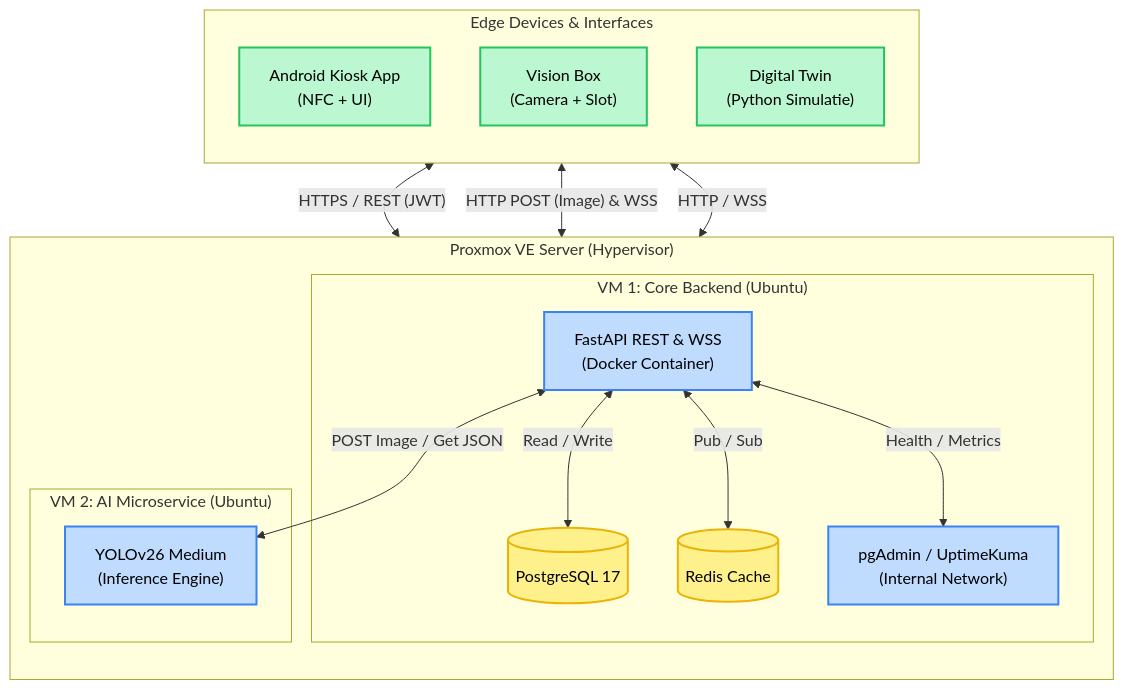
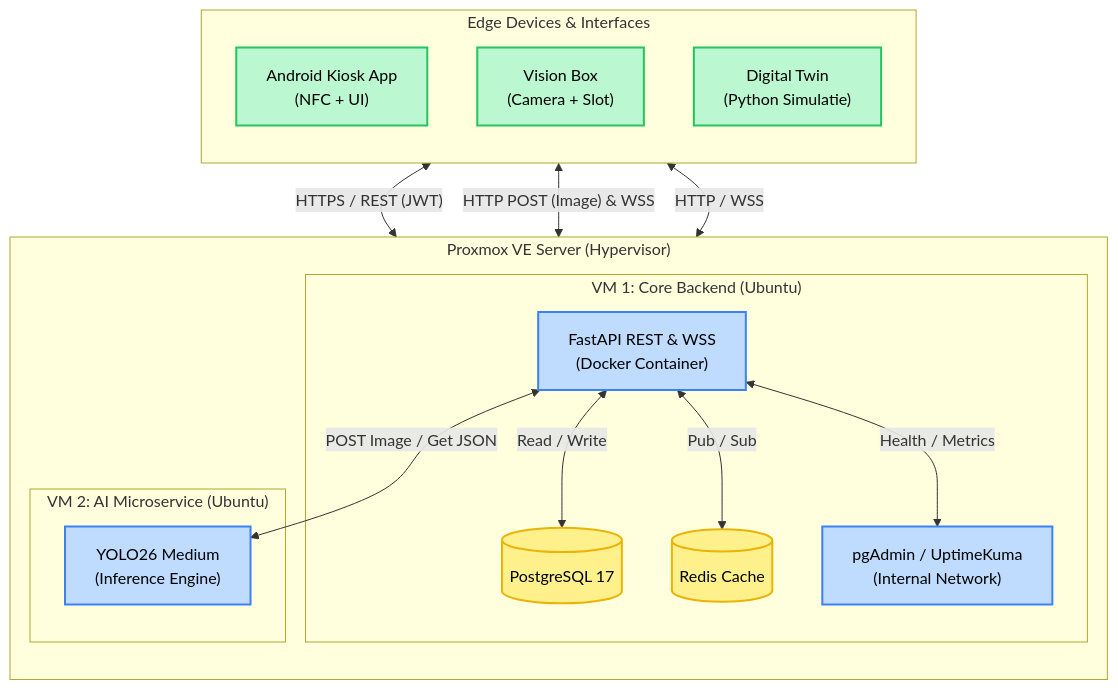
One commit to easylend-practice-enterprise/easylend changed the diagram in docs/architecture_physical.mmd. Above: the diagram before and after it, drawn with Mermaid. The commit also changed 7 other files, not shown here.

Commit message:
docs: uitgebreide update architectuur, workflows, gap analysis en backend plan

```diff
--- a/docs/architecture_physical.mmd
+++ b/docs/architecture_physical.mmd
@@ -1,37 +1,37 @@
 flowchart TD
     %% STIJLEN
     classDef container fill:#bfdbfe,stroke:#3b82f6,stroke-width:2px,color:#000;
     classDef db fill:#fef08a,stroke:#eab308,stroke-width:2px,color:#000;
     classDef edge fill:#bbf7d0,stroke:#22c55e,stroke-width:2px,color:#000;
 
     subgraph Edge ["Edge Devices & Interfaces"]
         direction TB
         K["Android Kiosk App<br/>(NFC + UI)"]:::edge
         V["Vision Box<br/>(Camera + Slot)"]:::edge
         S["Digital Twin<br/>(Python Simulatie)"]:::edge
     end
 
     subgraph Proxmox ["Proxmox VE Server (Hypervisor)"]
         direction TB
         
         subgraph VM1 ["VM 1: Core Backend (Ubuntu)"]
             API["FastAPI REST & WSS<br/>(Docker Container)"]:::container
             DB[("PostgreSQL 17")]:::db
             REDIS[("Redis Cache")]:::db
             MONITOR["pgAdmin / UptimeKuma<br/>(Internal Network)"]:::container
         end
 
         subgraph VM2 ["VM 2: AI Microservice (Ubuntu)"]
-            YOLO["YOLOv26 Medium<br/>(Inference Engine)"]:::container
+            YOLO["YOLO26 Medium<br/>(Inference Engine)"]:::container
         end
     end
 
     %% Connections
     K <-->|"HTTPS / REST (JWT)"| API
     V <-->|"HTTP POST (Image) & WSS"| API
     S <-->|"HTTP / WSS"| API
     
     API <-->|"Read / Write"| DB
     API <-->|"Pub / Sub"| REDIS
     API <-->|"POST Image / Get JSON"| YOLO
     API <-->|"Health / Metrics"| MONITOR
```
